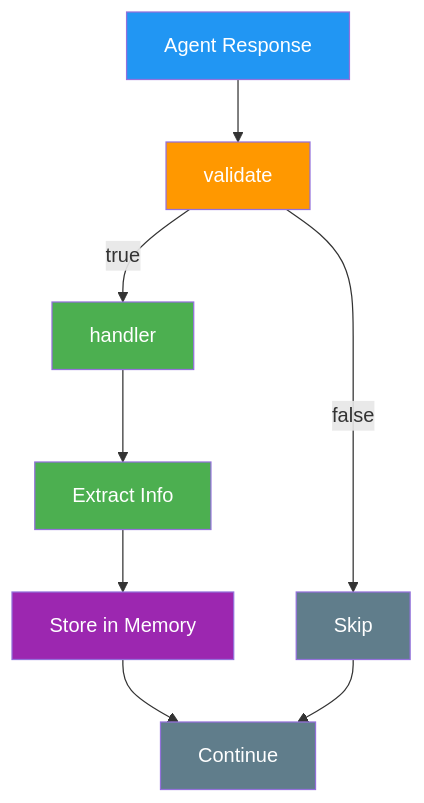
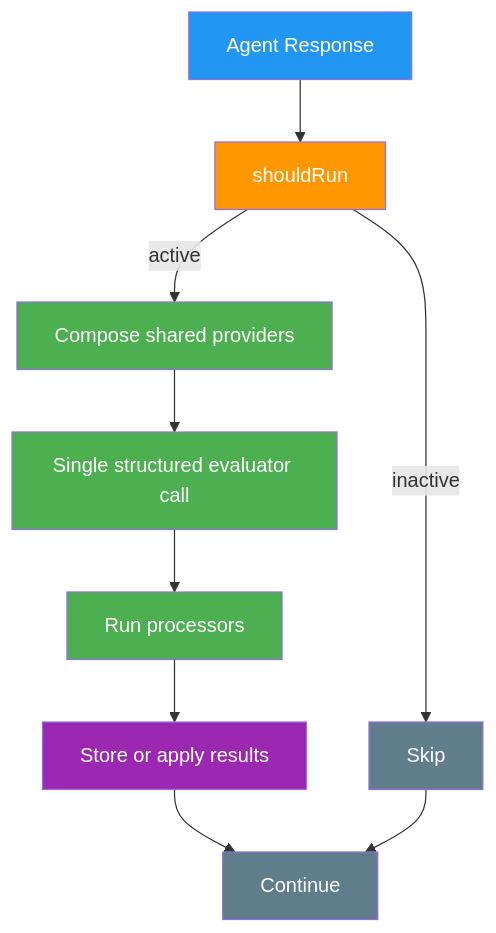
One commit to elizaOS/eliza changed the diagram in packages/docs/plugins/components.mdx. Above: the diagram before and after it, drawn with Mermaid. The commit also changed other lines of this file and 239 other files, not shown here.

````diff
--- a/packages/docs/plugins/components.mdx
+++ b/packages/docs/plugins/components.mdx
@@ -378,22 +386,23 @@
 ```mermaid
 flowchart TD
-    Response[Agent Response] --> Validate[validate]
-    Validate -->|true| Handler[handler]
-    Validate -->|false| Skip[Skip]
-    Handler --> Extract[Extract Info]
-    Extract --> Store[Store in Memory]
+    Response[Agent Response] --> Validate[shouldRun]
+    Validate -->|active| Compose[Compose shared providers]
+    Validate -->|inactive| Skip[Skip]
+    Compose --> Model[Single structured evaluator call]
+    Model --> Process[Run processors]
+    Process --> Store[Store or apply results]
     Store --> Continue[Continue]
     Skip --> Continue
 
     classDef input fill:#2196f3,color:#fff
     classDef decision fill:#ff9800,color:#fff
     classDef processing fill:#4caf50,color:#fff
     classDef storage fill:#9c27b0,color:#fff
     classDef result fill:#607d8b,color:#fff
 
     class Response input
     class Validate decision
-    class Handler,Extract processing
+    class Compose,Model,Process processing
     class Store storage
     class Skip,Continue result
 ```
````
